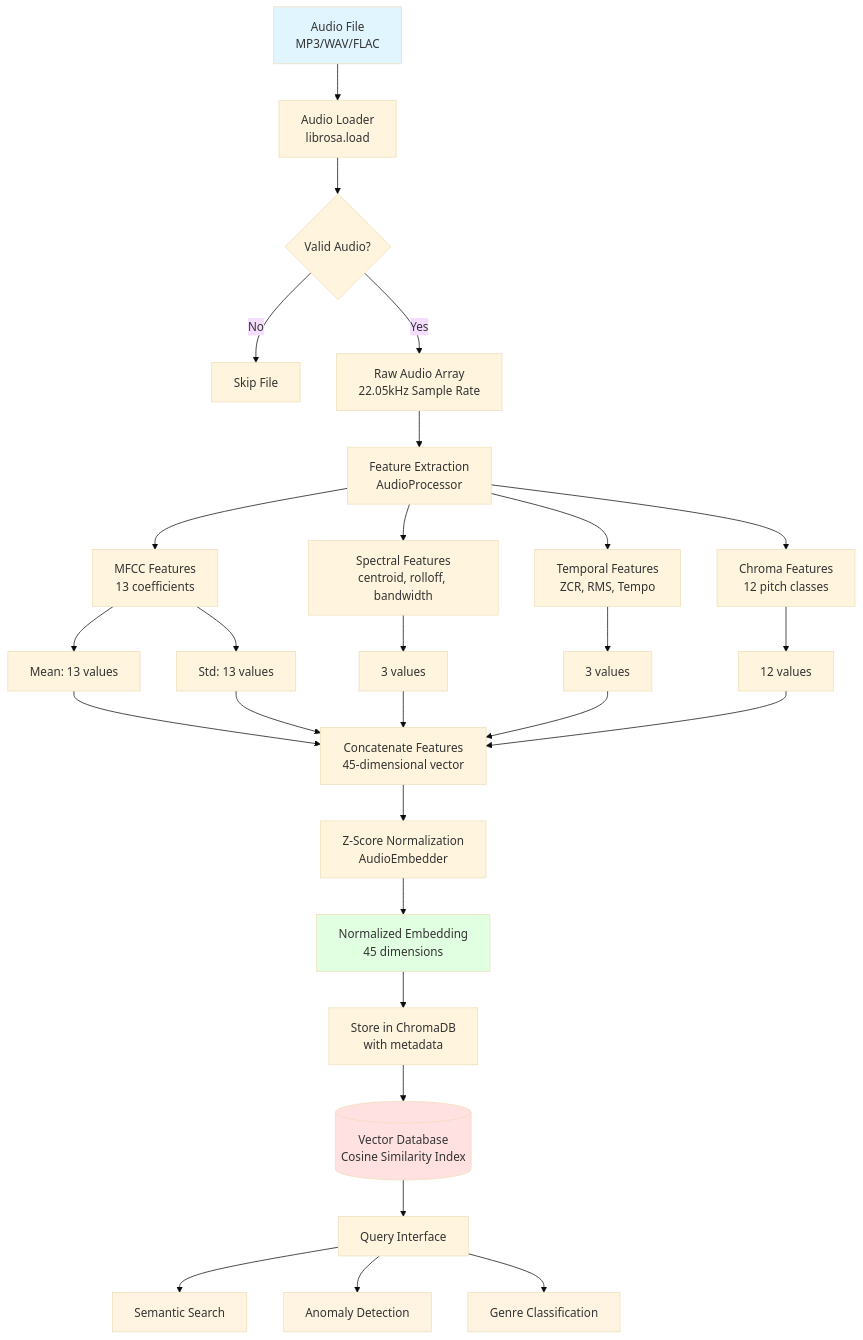
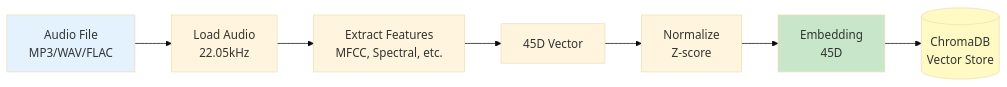
Before and after one commit to codeinozzz/data_science: the second of 3 diagrams in src/README.md, drawn with Mermaid (base theme). The commit also changed other lines of this file and 6 other files, not shown here.

````diff
--- a/src/README.md
+++ b/src/README.md
@@ -111,47 +61,13 @@
 ```mermaid
-flowchart TD
-    A[Audio File<br/>MP3/WAV/FLAC] --> B[Audio Loader<br/>librosa.load]
+flowchart LR
+    A[Audio File<br/>MP3/WAV/FLAC] --> B[Load Audio<br/>22.05kHz]
+    B --> C[Extract Features<br/>MFCC, Spectral, etc.]
+    C --> D[45D Vector]
+    D --> E[Normalize<br/>Z-score]
+    E --> F[Embedding<br/>45D]
+    F --> G[(ChromaDB<br/>Vector Store)]
 
-    B --> C{Valid Audio?}
-    C -->|No| D[Skip File]
-    C -->|Yes| E[Raw Audio Array<br/>22.05kHz Sample Rate]
-
-    E --> F[Feature Extraction<br/>AudioProcessor]
-
-    F --> G[MFCC Features<br/>13 coefficients]
-    F --> H[Spectral Features<br/>centroid, rolloff, bandwidth]
-    F --> I[Temporal Features<br/>ZCR, RMS, Tempo]
-    F --> J[Chroma Features<br/>12 pitch classes]
-
-    G --> K[Mean: 13 values]
-    G --> L[Std: 13 values]
-    H --> M[3 values]
-    I --> N[3 values]
-    J --> O[12 values]
-
-    K --> P[Concatenate Features<br/>45-dimensional vector]
-    L --> P
-    M --> P
-    N --> P
-    O --> P
-
-    P --> Q[Z-Score Normalization<br/>AudioEmbedder]
-
-    Q --> R[Normalized Embedding<br/>45 dimensions]
-
-    R --> S[Store in ChromaDB<br/>with metadata]
-
-    S --> T[(Vector Database<br/>Cosine Similarity Index)]
-
-    T --> U[Query Interface]
-    U --> V[Semantic Search]
-    U --> W[Anomaly Detection]
-    U --> X[Genre Classification]
-
-    style A fill:#e1f5ff
-    style R fill:#e1ffe1
-    style T fill:#ffe1e1
-    style V fill:#fff4e1
-    style W fill:#fff4e1
-    style X fill:#fff4e1
+    style A fill:#e3f2fd
+    style F fill:#c8e6c9
+    style G fill:#fff9c4
 ```
````
